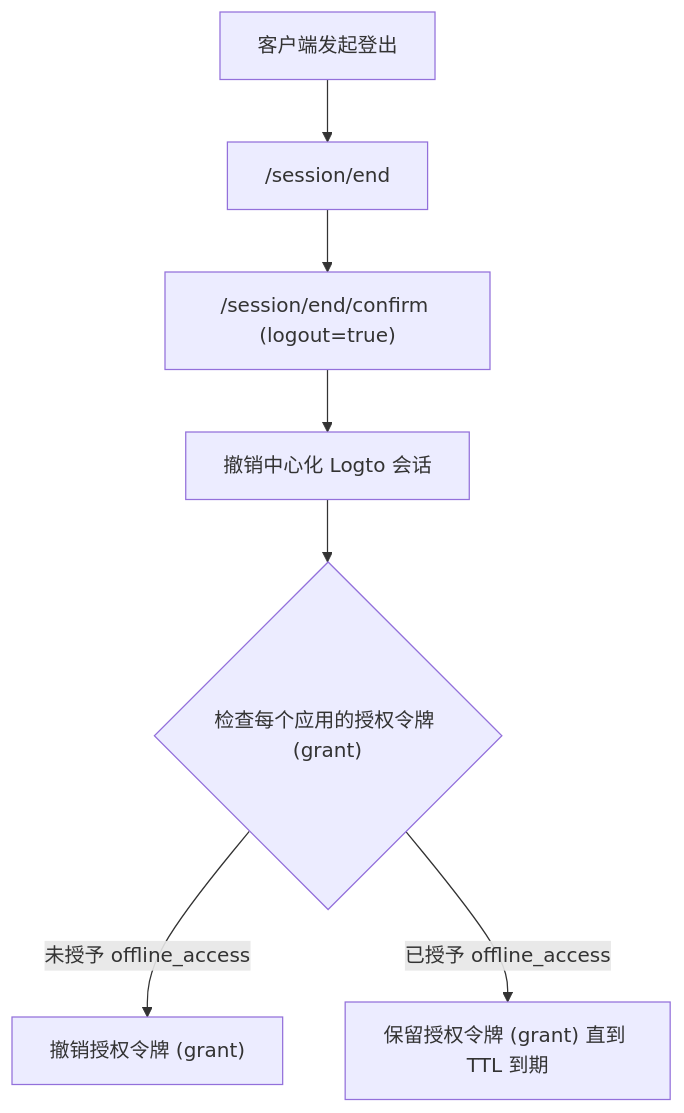
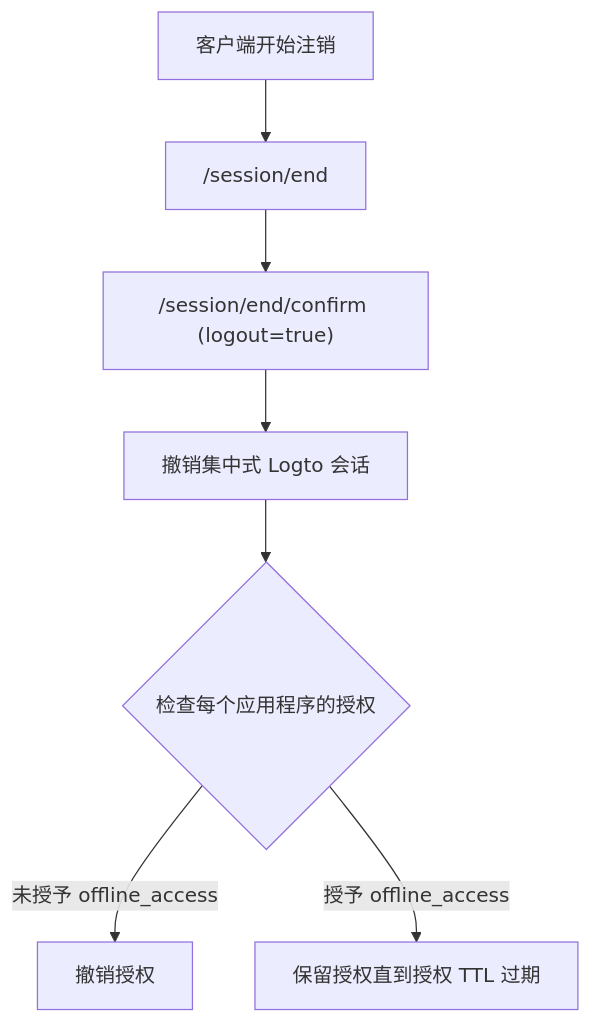
The diagram in i18n/zh-CN/docusaurus-plugin-content-docs/current/end-user-flows/sign-out.mdx (logto-io/docs), drawn with Mermaid before and after one commit. The commit also changed other lines of this file and 102 other files, not shown here.

````diff
--- a/i18n/zh-CN/docusaurus-plugin-content-docs/current/end-user-flows/sign-out.mdx
+++ b/i18n/zh-CN/docusaurus-plugin-content-docs/current/end-user-flows/sign-out.mdx
@@ -179,9 +45,9 @@
 ```mermaid
 flowchart TD
-  A["客户端发起登出"] --> B["/session/end"]
+  A["客户端开始注销"] --> B["/session/end"]
   B --> C["/session/end/confirm (logout=true)"]
-  C --> D["撤销中心化 Logto 会话"]
-  D --> E{"检查每个应用的授权令牌 (grant)"}
-  E -->|"未授予 offline_access"| F["撤销授权令牌 (grant)"]
-  E -->|"已授予 offline_access"| G["保留授权令牌 (grant) 直到 TTL 到期"]
+  C --> D["撤销集中式 Logto 会话"]
+  D --> E{"检查每个应用程序的授权"}
+  E -->|"未授予 offline_access"| F["撤销授权"]
+  E -->|"授予 offline_access"| G["保留授权直到授权 TTL 过期"]
 ```
````
